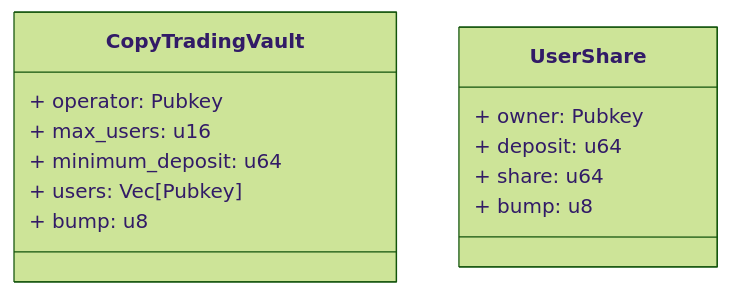
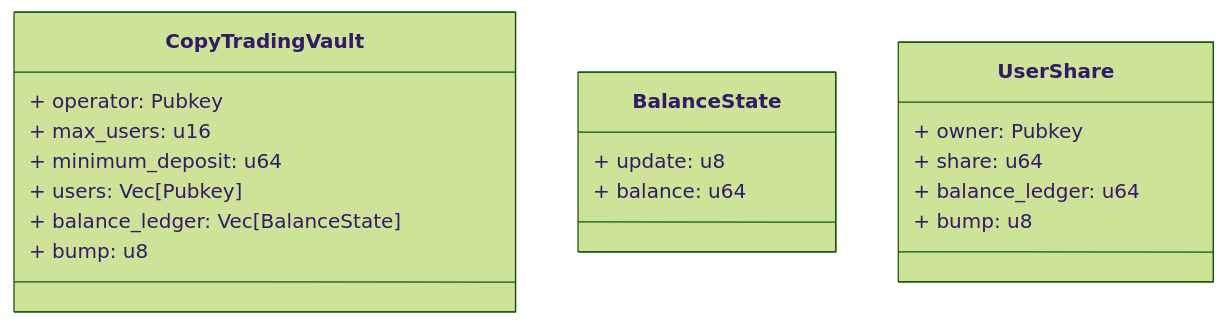
Before and after one commit to n3m6/Q2_25_Builder_Faraz: the second of 5 diagrams in docs/Architecture.md, drawn with Mermaid (forest theme). The commit also changed other lines of this file and 1 other file, not shown here.

````diff
--- a/docs/Architecture.md
+++ b/docs/Architecture.md
@@ -30,17 +32,23 @@
 ```mermaid
 classDiagram
 class CopyTradingVault {
     + operator: Pubkey
     + max_users: u16
     + minimum_deposit: u64
     + users: Vec[Pubkey]
+    + balance_ledger: Vec[BalanceState]
     + bump: u8
+}
+
+class BalanceState {
+    + update: u8
+    + balance: u64
 }
 
 class UserShare {
     + owner: Pubkey
-    + deposit: u64
     + share: u64
+    + balance_ledger: u64
     + bump: u8
 }
 ```
````
